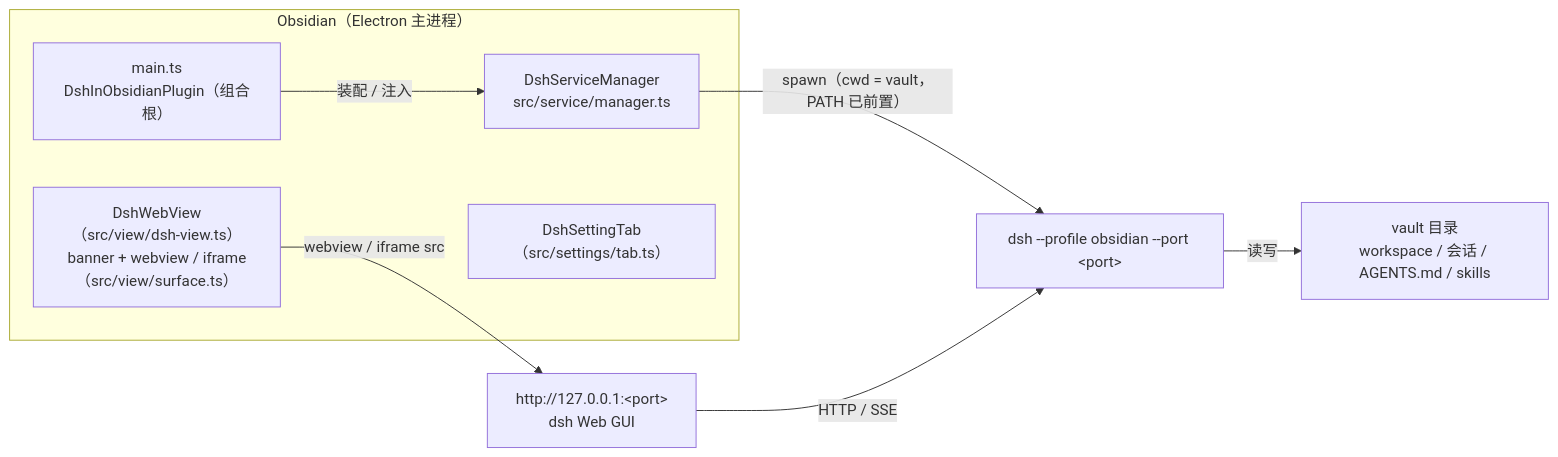
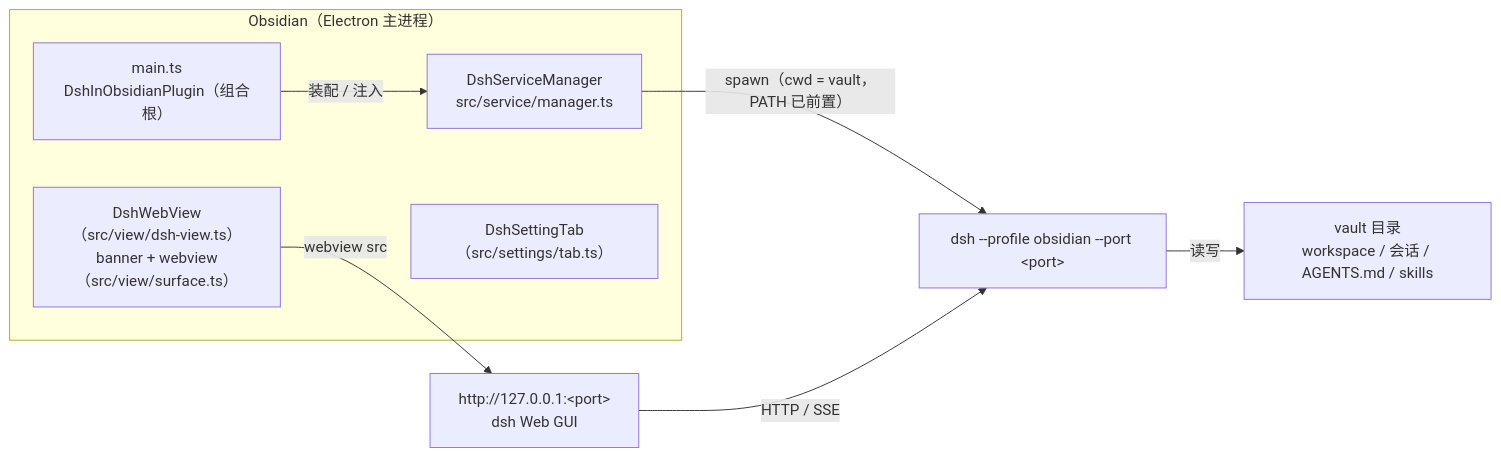
Before and after one commit to FablerTan/obsidian-dsh: the diagram in docs/architecture.md, drawn with Mermaid. The commit also changed other lines of this file and 48 other files, not shown here.

````diff
--- a/docs/architecture.md
+++ b/docs/architecture.md
@@ -5,14 +5,14 @@
 ```mermaid
 flowchart LR
   subgraph OBS["Obsidian（Electron 主进程）"]
     P["main.ts<br/>DshInObsidianPlugin（组合根）"]
     M["DshServiceManager<br/>src/service/manager.ts"]
-    V["DshWebView（src/view/dsh-view.ts）<br/>banner + webview / iframe（src/view/surface.ts）"]
+    V["DshWebView（src/view/dsh-view.ts）<br/>banner + webview（src/view/surface.ts）"]
     S["DshSettingTab（src/settings/tab.ts）"]
   end
   P -- "装配 / 注入" --> M
   M -- "spawn（cwd = vault，PATH 已前置）" --> D["dsh --profile obsidian --port &lt;port&gt;"]
-  V -- "webview / iframe src" --> G["http://127.0.0.1:&lt;port&gt;<br/>dsh Web GUI"]
+  V -- "webview src" --> G["http://127.0.0.1:&lt;port&gt;<br/>dsh Web GUI"]
   G -- "HTTP / SSE" --> D
   D -- "读写" --> W["vault 目录<br/>workspace / 会话 / AGENTS.md / skills"]
 ```
````
